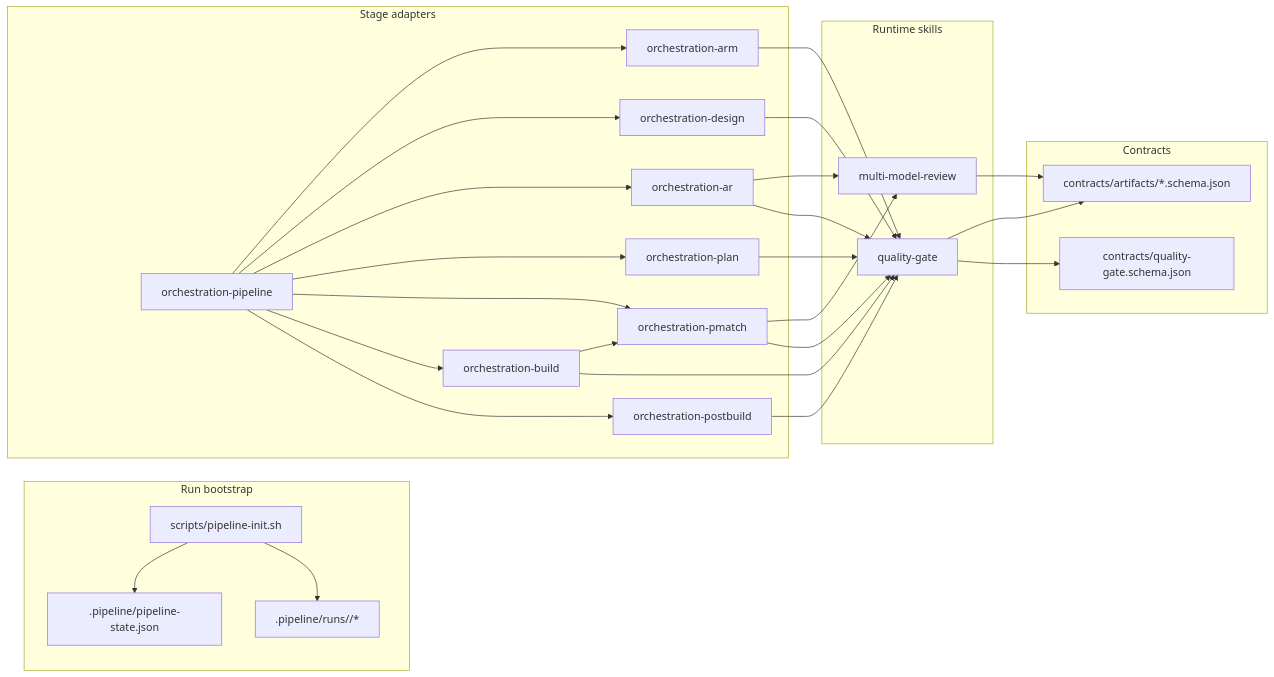
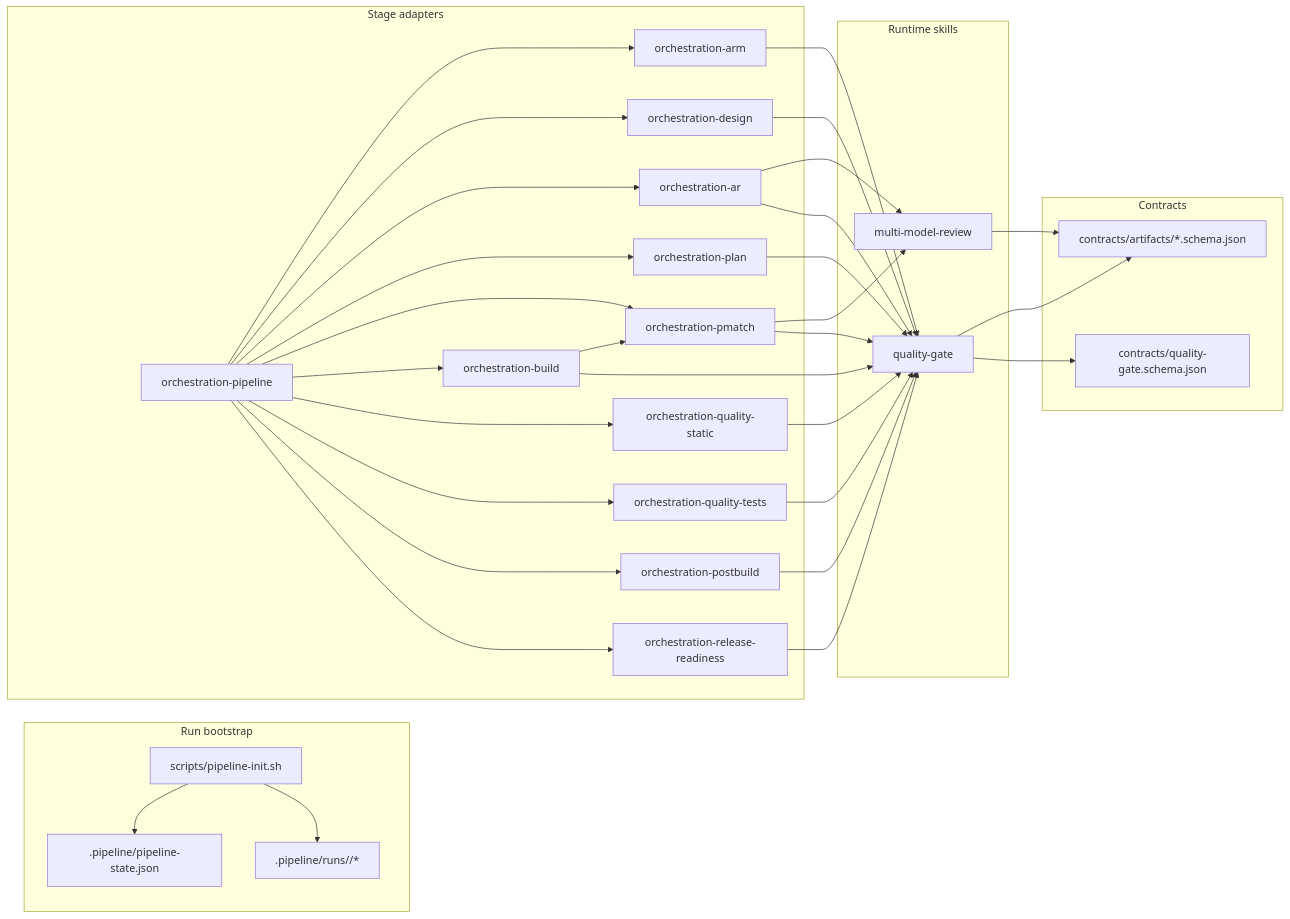
The second of 2 diagrams in README.md (sebastianspicker/phased-agent-orchestration), drawn with Mermaid before and after one commit. The commit also changed other lines of this file and 47 other files, not shown here.

````diff
--- a/README.md
+++ b/README.md
@@ -114,51 +136,60 @@
 ```mermaid
 flowchart LR
   subgraph INIT["Run bootstrap"]
     A["scripts/pipeline-init.sh"] --> B[".pipeline/pipeline-state.json"]
     A --> C[".pipeline/runs/<run-id>/*"]
   end
 
   subgraph ADAPTERS["Stage adapters"]
     D["orchestration-arm"]
     E["orchestration-design"]
     F["orchestration-ar"]
     G["orchestration-plan"]
     H["orchestration-pmatch"]
     I["orchestration-build"]
-    J["orchestration-postbuild"]
-    K["orchestration-pipeline"]
+    J["orchestration-quality-static"]
+    K["orchestration-quality-tests"]
+    L["orchestration-postbuild"]
+    M["orchestration-release-readiness"]
+    N["orchestration-pipeline"]
   end
 
   subgraph RUNTIME["Runtime skills"]
-    L["quality-gate"]
-    M["multi-model-review"]
+    O["quality-gate"]
+    P["multi-model-review"]
   end
 
   subgraph CONTRACTS["Contracts"]
-    N["contracts/artifacts/*.schema.json"]
-    O["contracts/quality-gate.schema.json"]
+    Q["contracts/artifacts/*.schema.json"]
+    R["contracts/quality-gate.schema.json"]
   end
 
-  D --> L
-  E --> L
-  F --> M
-  F --> L
-  G --> L
-  H --> M
-  H --> L
+  D --> O
+  E --> O
+  F --> P
+  F --> O
+  G --> O
+  H --> P
+  H --> O
   I --> H
-  I --> L
-  J --> L
+  I --> O
+  J --> O
+  K --> O
+  L --> O
+  M --> O
 
-  L --> N
-  L --> O
-  M --> N
+  O --> Q
+  O --> R
+  P --> Q
 
-  K --> D
-  K --> E
-  K --> F
-  K --> G
-  K --> H
-  K --> I
-  K --> J
+  N --> D
+  N --> E
+  N --> F
+  N --> G
+  N --> H
+  N --> I
+  N --> J
+  N --> K
+  N --> L
+  N --> M
 ```
````
